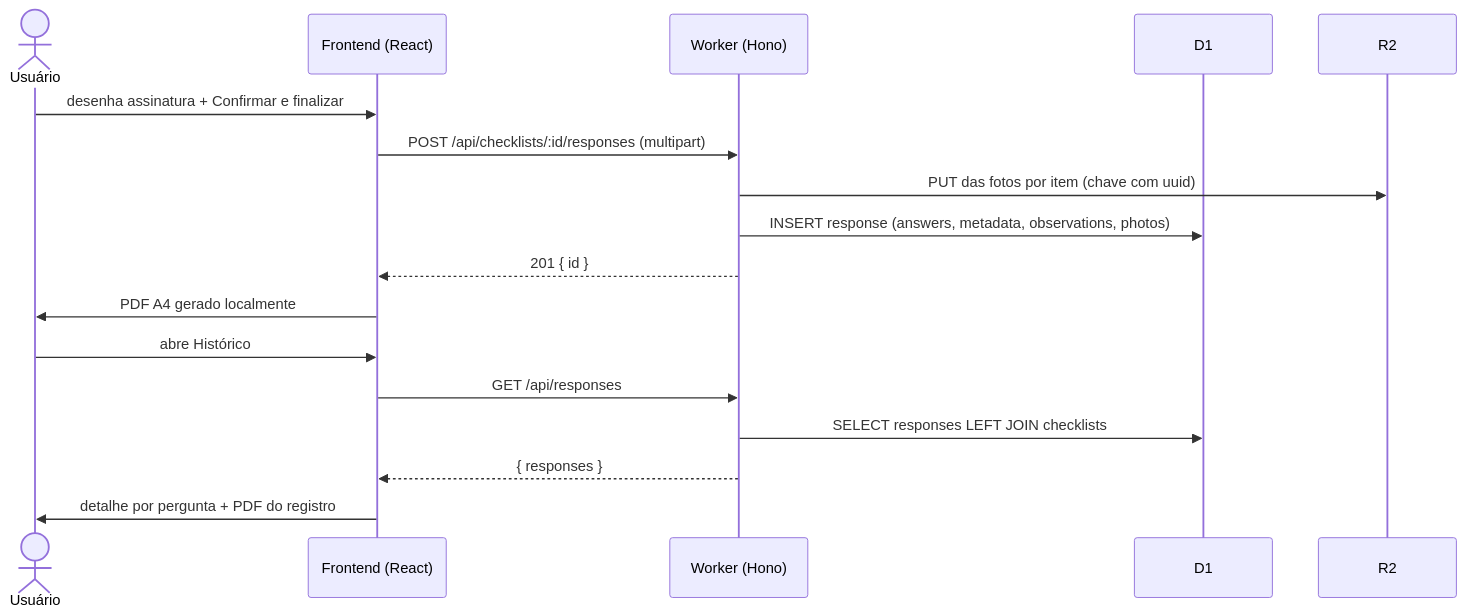
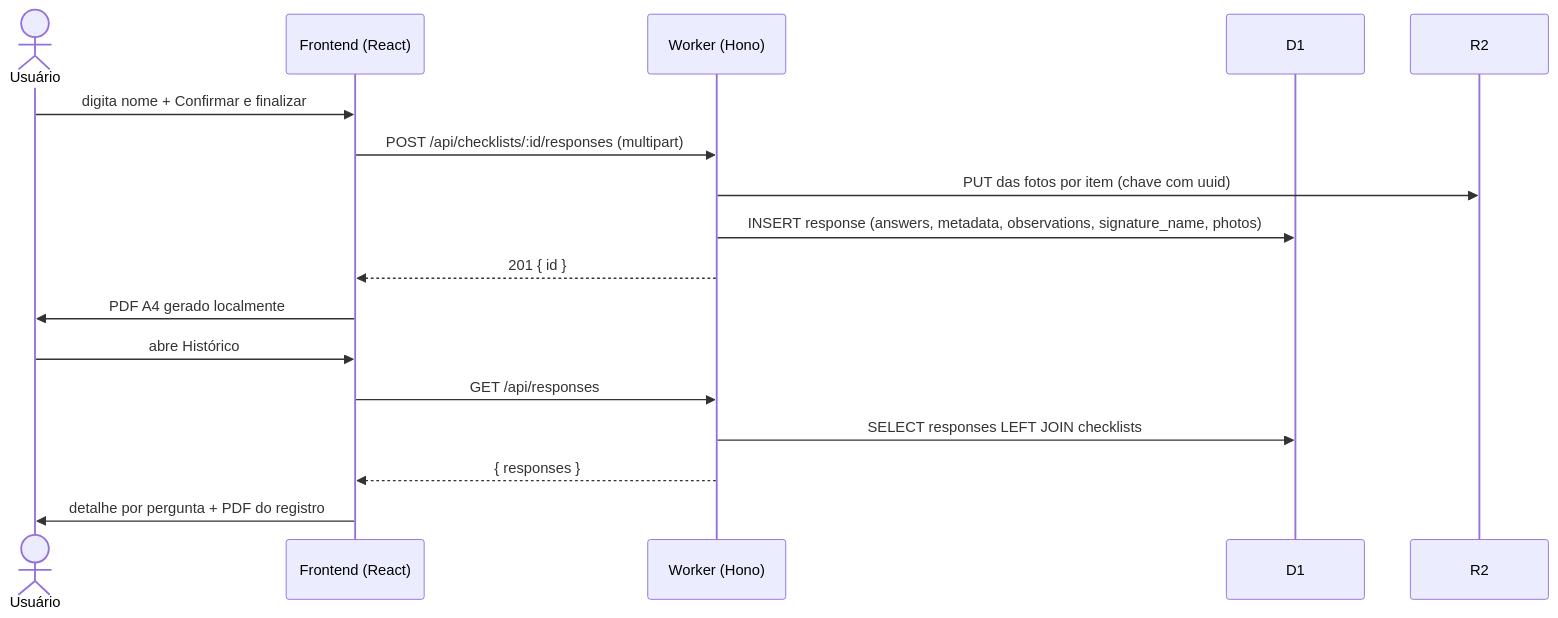
Before and after one commit to teonett/gerador_conferencia_p0l4r1s: the seventh of 8 diagrams in README.md, drawn with Mermaid. The commit also changed other lines of this file, not shown here.

````diff
--- a/README.md
+++ b/README.md
@@ -232,20 +304,20 @@
 ```mermaid
 sequenceDiagram
     actor U as Usuário
     participant F as Frontend (React)
     participant W as Worker (Hono)
     participant DB as D1
     participant R as R2
 
-    U->>F: desenha assinatura + Confirmar e finalizar
+    U->>F: digita nome + Confirmar e finalizar
     F->>W: POST /api/checklists/:id/responses (multipart)
     W->>R: PUT das fotos por item (chave com uuid)
-    W->>DB: INSERT response (answers, metadata, observations, photos)
+    W->>DB: INSERT response (answers, metadata, observations, signature_name, photos)
     W-->>F: 201 { id }
     F->>U: PDF A4 gerado localmente
     U->>F: abre Histórico
     F->>W: GET /api/responses
     W->>DB: SELECT responses LEFT JOIN checklists
     W-->>F: { responses }
     F->>U: detalhe por pergunta + PDF do registro
 ```
````
